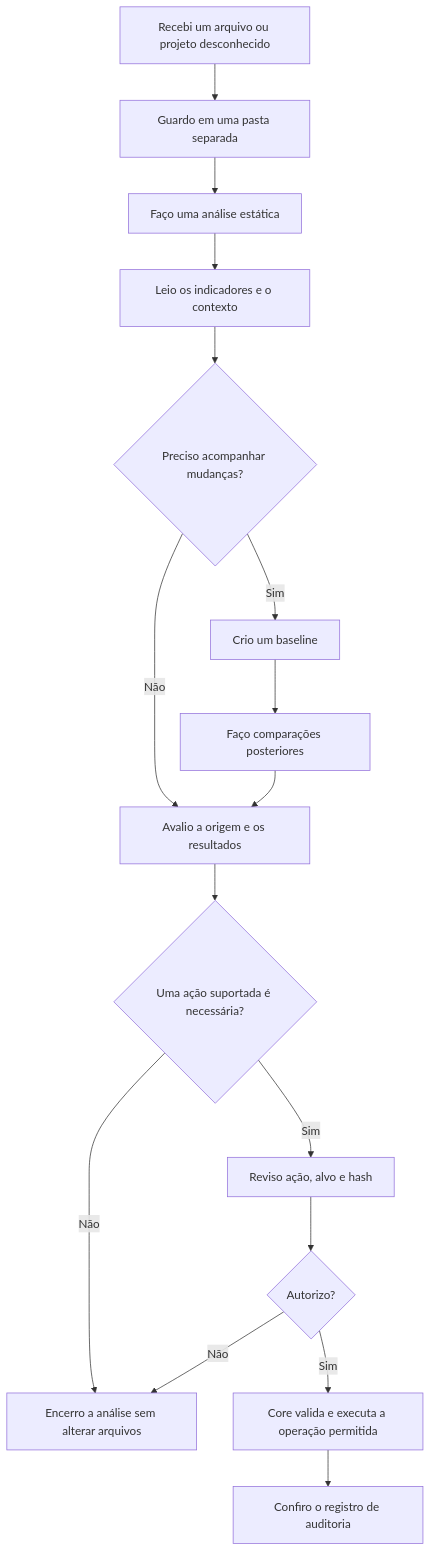
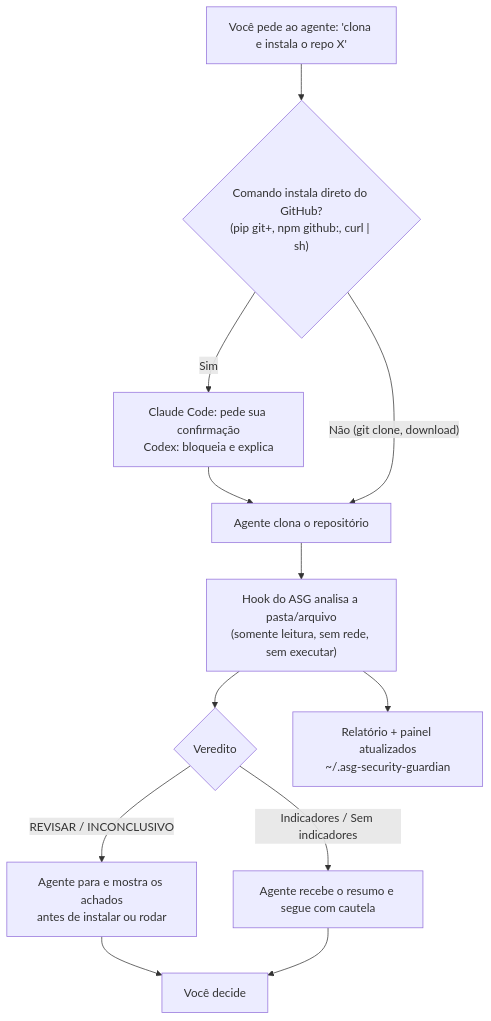
One commit to carlos-dataengineer/asg-security-guardian changed the diagram in docs/COMO-USAR.md. Above: the diagram before and after it, drawn with Mermaid. The commit also changed other lines of this file and 36 other files, not shown here.

First line of the commit message:
feat: 0.3.0 automatic protection for Claude Code and Codex

````diff
--- a/docs/COMO-USAR.md
+++ b/docs/COMO-USAR.md
@@ -9,18 +8,14 @@
 ```mermaid
 flowchart TD
-    A["Recebi um arquivo ou projeto desconhecido"] --> B["Guardo em uma pasta separada"]
-    B --> C["Faço uma análise estática"]
-    C --> D["Leio os indicadores e o contexto"]
-    D --> E{"Preciso acompanhar mudanças?"}
-    E -- "Sim" --> F["Crio um baseline"]
-    F --> G["Faço comparações posteriores"]
-    E -- "Não" --> H["Avalio a origem e os resultados"]
-    G --> H
-    H --> I{"Uma ação suportada é necessária?"}
-    I -- "Não" --> J["Encerro a análise sem alterar arquivos"]
-    I -- "Sim" --> K["Reviso ação, alvo e hash"]
-    K --> L{"Autorizo?"}
-    L -- "Não" --> J
-    L -- "Sim" --> M["Core valida e executa a operação permitida"]
-    M --> N["Confiro o registro de auditoria"]
+    A["Você pede ao agente: 'clona e instala o repo X'"] --> B{"Comando instala direto do GitHub?<br/>(pip git+, npm github:, curl | sh)"}
+    B -- "Sim" --> C["Claude Code: pede sua confirmação<br/>Codex: bloqueia e explica"]
+    C --> D["Agente clona o repositório"]
+    B -- "Não (git clone, download)" --> D
+    D --> E["Hook do ASG analisa a pasta/arquivo<br/>(somente leitura, sem rede, sem executar)"]
+    E --> F{"Veredito"}
+    F -- "REVISAR / INCONCLUSIVO" --> G["Agente para e mostra os achados<br/>antes de instalar ou rodar"]
+    F -- "Indicadores / Sem indicadores" --> H["Agente recebe o resumo e segue com cautela"]
+    G --> I["Você decide"]
+    H --> I
+    E --> J["Relatório + painel atualizados<br/>~/.asg-security-guardian"]
 ```
````
